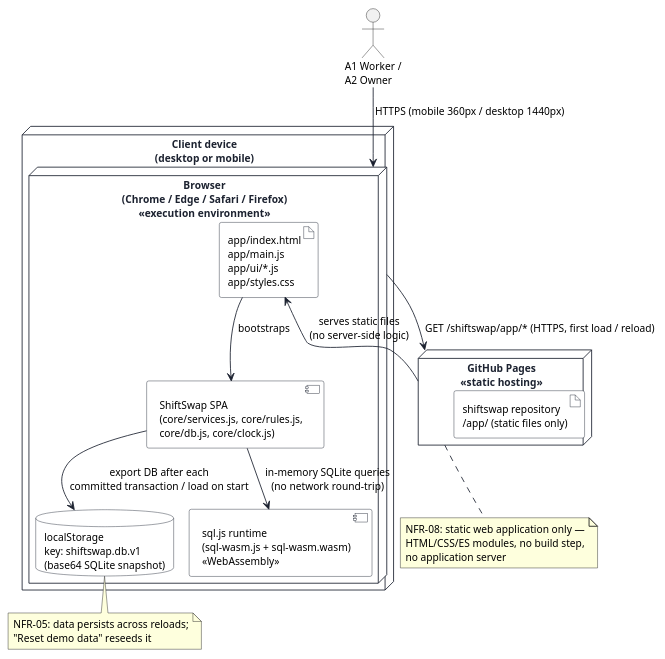
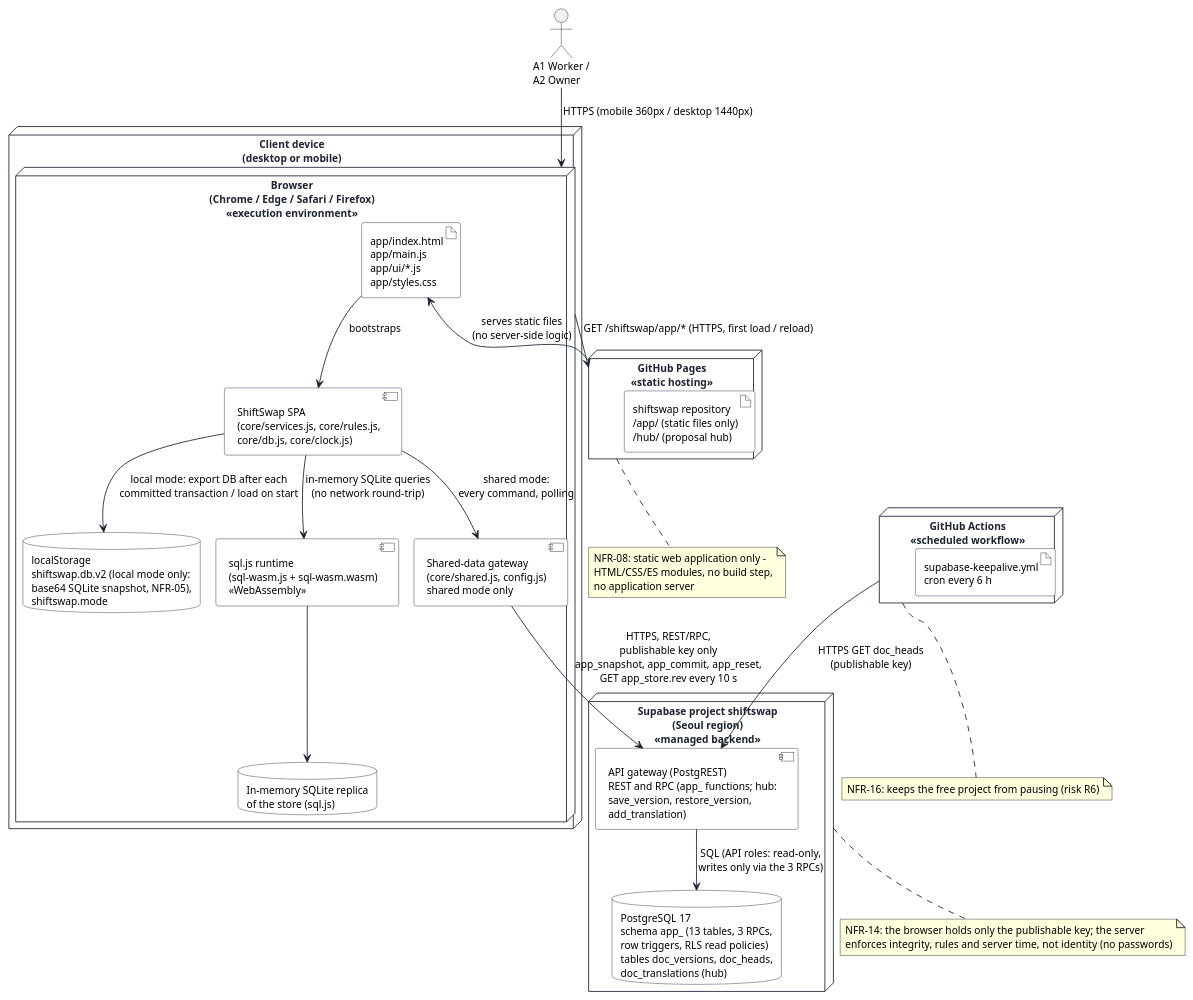
One commit to keemlogan/shiftswap changed the diagram in uml/src/deployment.puml. Above: the diagram before and after it, drawn with PlantUML. The commit also changed 64 other files, not shown here.

First line of the commit message:
UML and screenshots for iteration 8; S10 check of the BR-15 warning

```diff
--- a/uml/src/deployment.puml
+++ b/uml/src/deployment.puml
@@ -1,58 +1,78 @@
 @startuml deployment
 !pragma layout smetana
 skinparam defaultFontName "Helvetica"
 skinparam defaultFontSize 12
 skinparam shadowing false
 skinparam backgroundColor #FFFFFF
 skinparam node {
   BackgroundColor #FFFFFF
   BorderColor #1C2230
   FontColor #1C2230
 }
 skinparam component {
   BackgroundColor #FFFFFF
   BorderColor #1C2230
 }
 skinparam artifact {
   BackgroundColor #FFFFFF
   BorderColor #1C2230
 }
 skinparam ArrowColor #1C2230
 skinparam database {
   BackgroundColor #FFFFFF
   BorderColor #1C2230
 }
 
 actor "A1 Worker /\nA2 Owner" as User
 
 node "Client device\n(desktop or mobile)" as ClientDevice {
   node "Browser\n(Chrome / Edge / Safari / Firefox)\n<<execution environment>>" as Browser {
     artifact "app/index.html\napp/main.js\napp/ui/*.js\napp/styles.css" as StaticAssets
+    component "ShiftSwap SPA\n(core/services.js, core/rules.js,\ncore/db.js, core/clock.js)" as SPA
+    component "Shared-data gateway\n(core/shared.js, config.js)\nshared mode only" as Gateway
     component "sql.js runtime\n(sql-wasm.js + sql-wasm.wasm)\n<<WebAssembly>>" as SqlJs
-    component "ShiftSwap SPA\n(core/services.js, core/rules.js,\ncore/db.js, core/clock.js)" as SPA
-    database "localStorage\nkey: shiftswap.db.v1\n(base64 SQLite snapshot)" as LocalStorage
+    database "In-memory SQLite replica\nof the store (sql.js)" as Replica
+    database "localStorage\nshiftswap.db.v2 (local mode only:\nbase64 SQLite snapshot, NFR-05),\nshiftswap.mode" as LocalStorage
   }
 }
 
 node "GitHub Pages\n<<static hosting>>" as Pages {
-  artifact "shiftswap repository\n/app/ (static files only)" as Repo
+  artifact "shiftswap repository\n/app/ (static files only)\n/hub/ (proposal hub)" as Repo
+}
+
+node "GitHub Actions\n<<scheduled workflow>>" as Actions {
+  artifact "supabase-keepalive.yml\ncron every 6 h" as KeepAlive
+}
+
+node "Supabase project shiftswap\n(Seoul region)\n<<managed backend>>" as Supabase {
+  component "API gateway (PostgREST)\nREST and RPC (app_ functions; hub:\nsave_version, restore_version,\nadd_translation)" as Api
+  database "PostgreSQL 17\nschema app_ (13 tables, 3 RPCs,\nrow triggers, RLS read policies)\ntables doc_versions, doc_heads,\ndoc_translations (hub)" as Pg
 }
 
 User --> Browser : HTTPS (mobile 360px / desktop 1440px)
 Browser --> Pages : GET /shiftswap/app/* (HTTPS, first load / reload)
 Pages --> StaticAssets : serves static files\n(no server-side logic)
 StaticAssets --> SPA : bootstraps
 SPA --> SqlJs : in-memory SQLite queries\n(no network round-trip)
-SPA --> LocalStorage : export DB after each\ncommitted transaction / load on start
+SqlJs --> Replica
+SPA --> Gateway : shared mode:\nevery command, polling
+Gateway --> Api : HTTPS, REST/RPC,\npublishable key only\napp_snapshot, app_commit, app_reset,\nGET app_store.rev every 10 s
+Api --> Pg : SQL (API roles: read-only,\nwrites only via the 3 RPCs)
+SPA --> LocalStorage : local mode: export DB after each\ncommitted transaction / load on start
+Actions --> Api : HTTPS GET doc_heads\n(publishable key)
 
 note bottom of Pages
-  NFR-08: static web application only —
+  NFR-08: static web application only -
   HTML/CSS/ES modules, no build step,
   no application server
 end note
 
-note bottom of LocalStorage
-  NFR-05: data persists across reloads;
-  "Reset demo data" reseeds it
+note bottom of Supabase
+  NFR-14: the browser holds only the publishable key; the server
+  enforces integrity, rules and server time, not identity (no passwords)
+end note
+
+note bottom of Actions
+  NFR-16: keeps the free project from pausing (risk R6)
 end note
 @enduml
```
